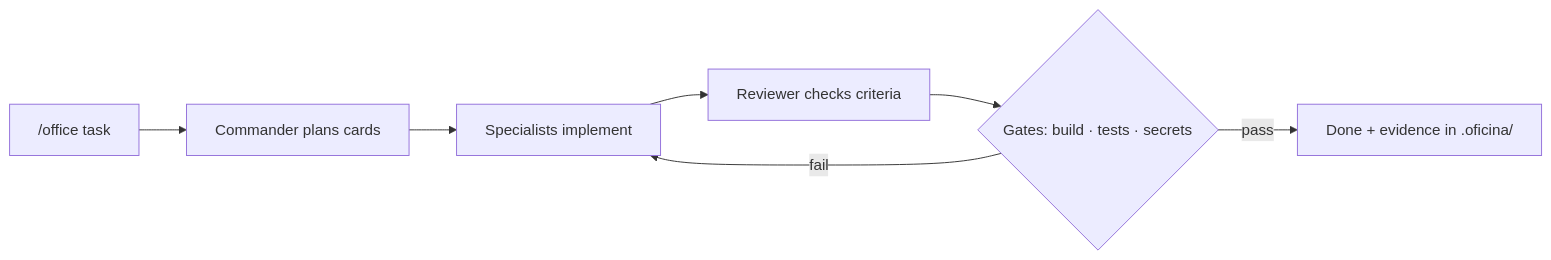
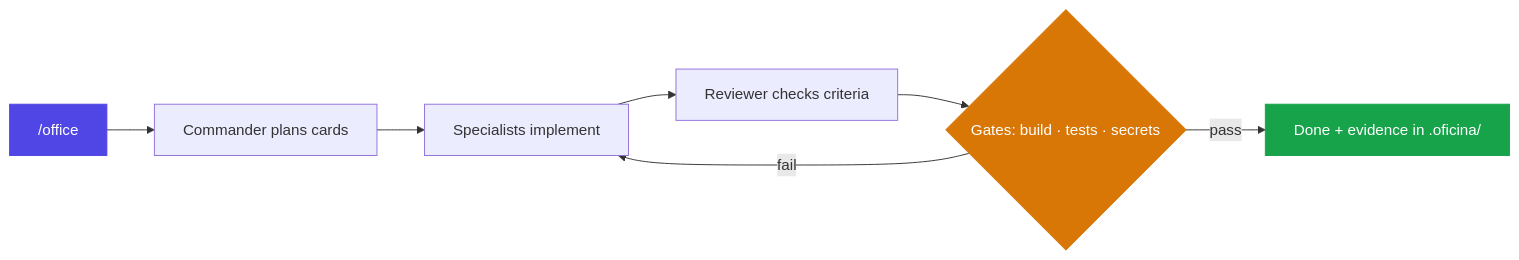
One commit to SOCRAMbt/AI-OFFICE changed the diagram in README.md. Above: the diagram before and after it, drawn with Mermaid. The commit also changed other lines of this file and 1 other file, not shown here.

Commit message:
docs: epic README v2 — premium landing, dark/light banners, navigation, features table, Mermaid styled

````diff
--- a/README.md
+++ b/README.md
@@ -116,9 +130,13 @@
 ```mermaid
 flowchart LR
-    A["/office task"] --> B["Commander plans cards"]
+    A["/office <task>"] --> B["Commander plans cards"]
     B --> C["Specialists implement"]
     C --> D["Reviewer checks criteria"]
     D --> E{"Gates: build · tests · secrets"}
     E -- "fail" --> C
     E -- "pass" --> F["Done + evidence in .oficina/"]
+
+    style A fill:#4f46e5,stroke:#4f46e5,color:#fff
+    style F fill:#16a34a,stroke:#16a34a,color:#fff
+    style E fill:#d97706,stroke:#d97706,color:#fff
 ```
````
